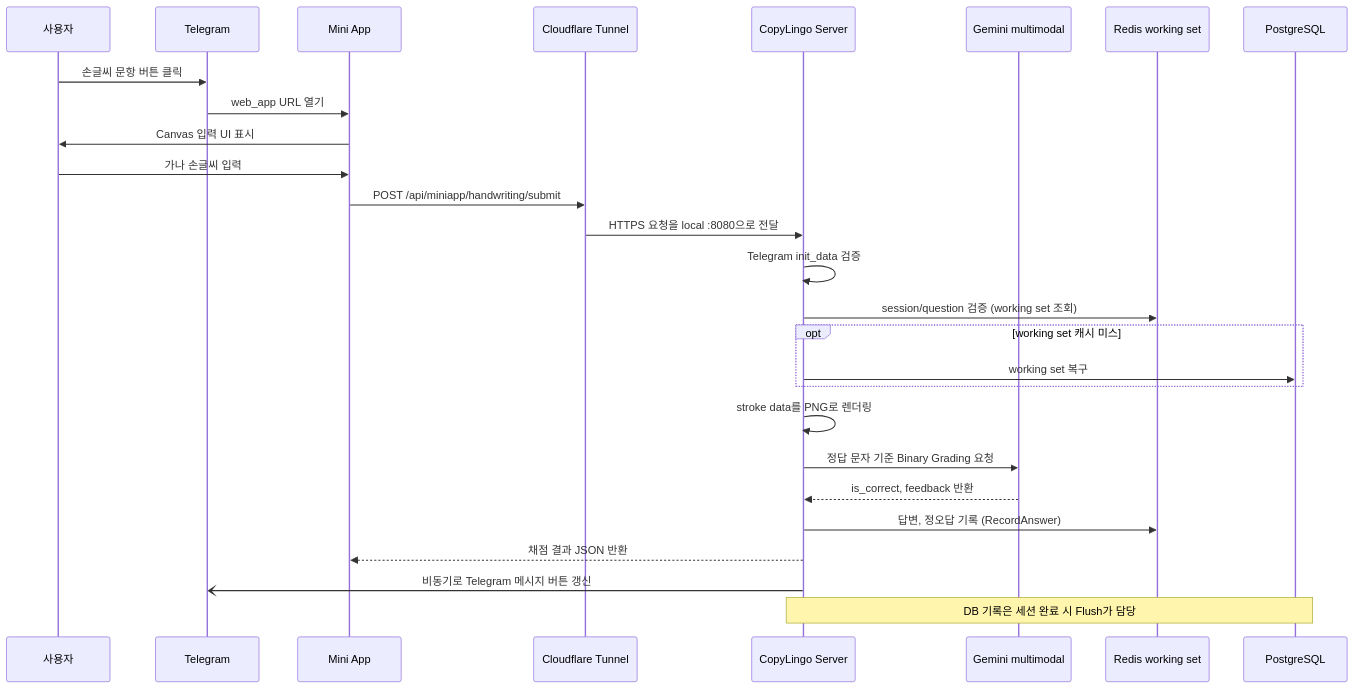
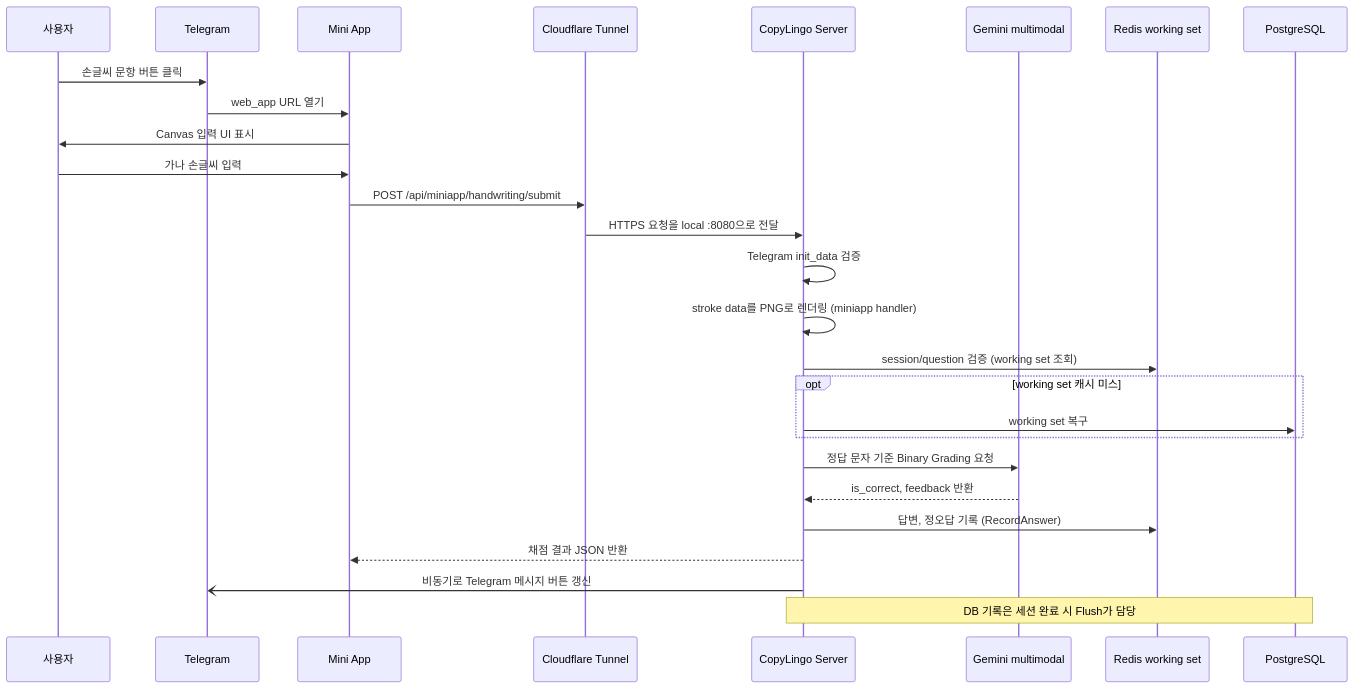
The diagram in docs/HANDWRITING_MINIAPP_INGRESS.md (steamdollar/copylingo), drawn with Mermaid before and after one commit. The commit also changed other lines of this file and 75 other files, not shown here.

````diff
--- a/docs/HANDWRITING_MINIAPP_INGRESS.md
+++ b/docs/HANDWRITING_MINIAPP_INGRESS.md
@@ -14,30 +14,30 @@
 ```mermaid
 sequenceDiagram
     participant U as 사용자
     participant T as Telegram
     participant M as Mini App
     participant C as Cloudflare Tunnel
     participant S as CopyLingo Server
     participant L as Gemini multimodal
     participant R as Redis working set
     participant DB as PostgreSQL
 
     U->>T: 손글씨 문항 버튼 클릭
     T->>M: web_app URL 열기
     M->>U: Canvas 입력 UI 표시
     U->>M: 가나 손글씨 입력
     M->>C: POST /api/miniapp/handwriting/submit
     C->>S: HTTPS 요청을 local :8080으로 전달
     S->>S: Telegram init_data 검증
+    S->>S: stroke data를 PNG로 렌더링 (miniapp handler)
     S->>R: session/question 검증 (working set 조회)
     opt working set 캐시 미스
         S->>DB: working set 복구
     end
-    S->>S: stroke data를 PNG로 렌더링
     S->>L: 정답 문자 기준 Binary Grading 요청
     L-->>S: is_correct, feedback 반환
     S->>R: 답변, 정오답 기록 (RecordAnswer)
     S-->>M: 채점 결과 JSON 반환
     S-)T: 비동기로 Telegram 메시지 버튼 갱신
     Note over S,DB: DB 기록은 세션 완료 시 Flush가 담당
 ```
````
